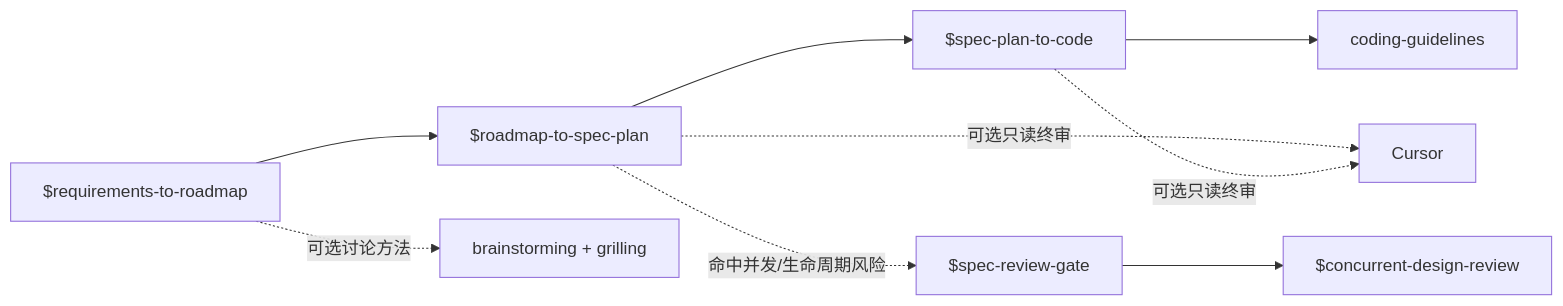
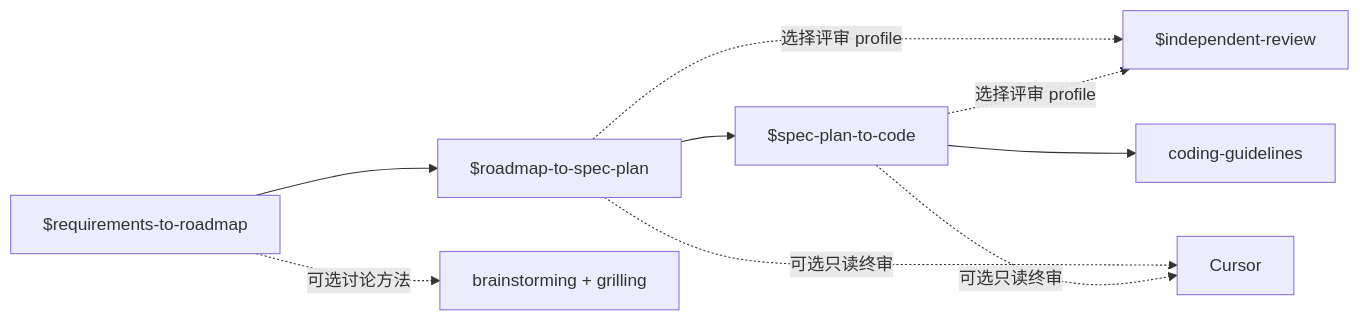
Before and after one commit to xfni/skills: the diagram in README.zh.md, drawn with Mermaid. The commit also changed other lines of this file and 10 other files, not shown here.

````diff
--- a/README.zh.md
+++ b/README.zh.md
@@ -11,10 +11,10 @@
 ```mermaid
 flowchart LR
     R["$requirements-to-roadmap"] --> S["$roadmap-to-spec-plan"] --> C["$spec-plan-to-code"]
     R -. 可选讨论方法 .-> B["brainstorming + grilling"]
-    S -. 命中并发/生命周期风险 .-> G["$spec-review-gate"]
-    G --> D["$concurrent-design-review"]
+    S -. 选择评审 profile .-> I["$independent-review"]
+    C -. 选择评审 profile .-> I
     C --> CG["coding-guidelines"]
     S -. 可选只读终审 .-> CU["Cursor"]
     C -. 可选只读终审 .-> CU
 ```
````
